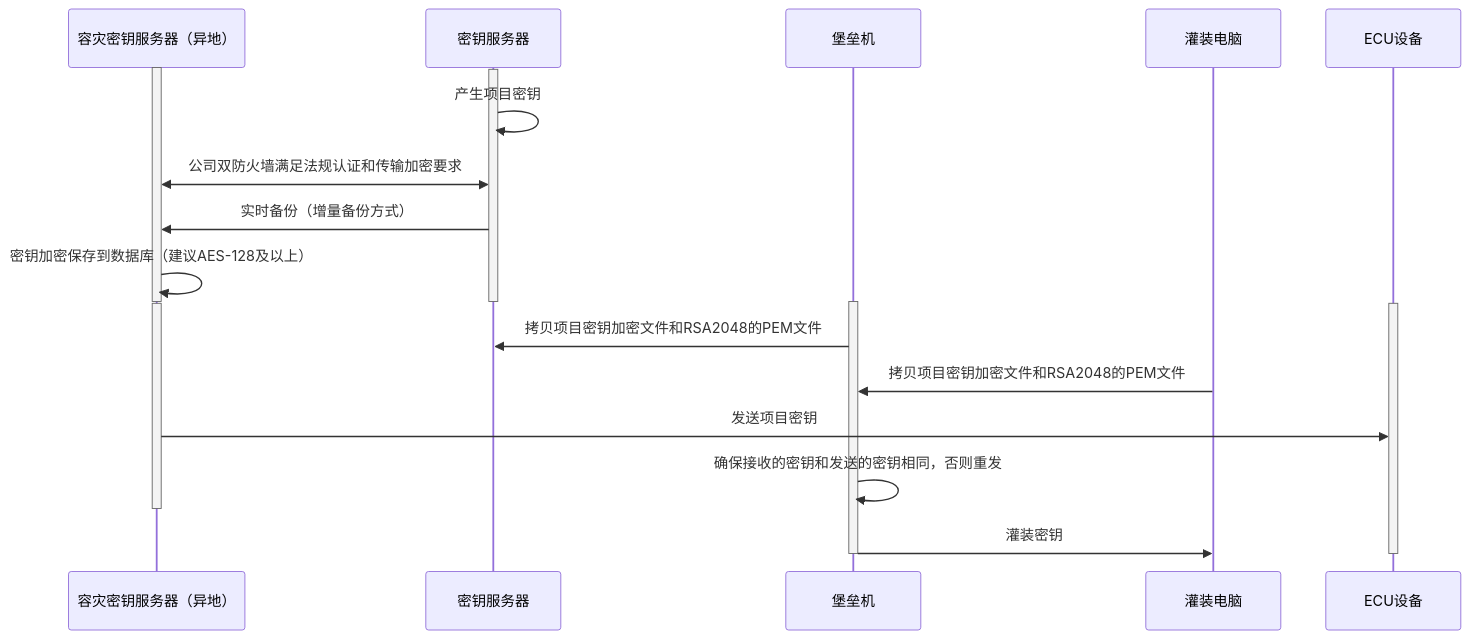
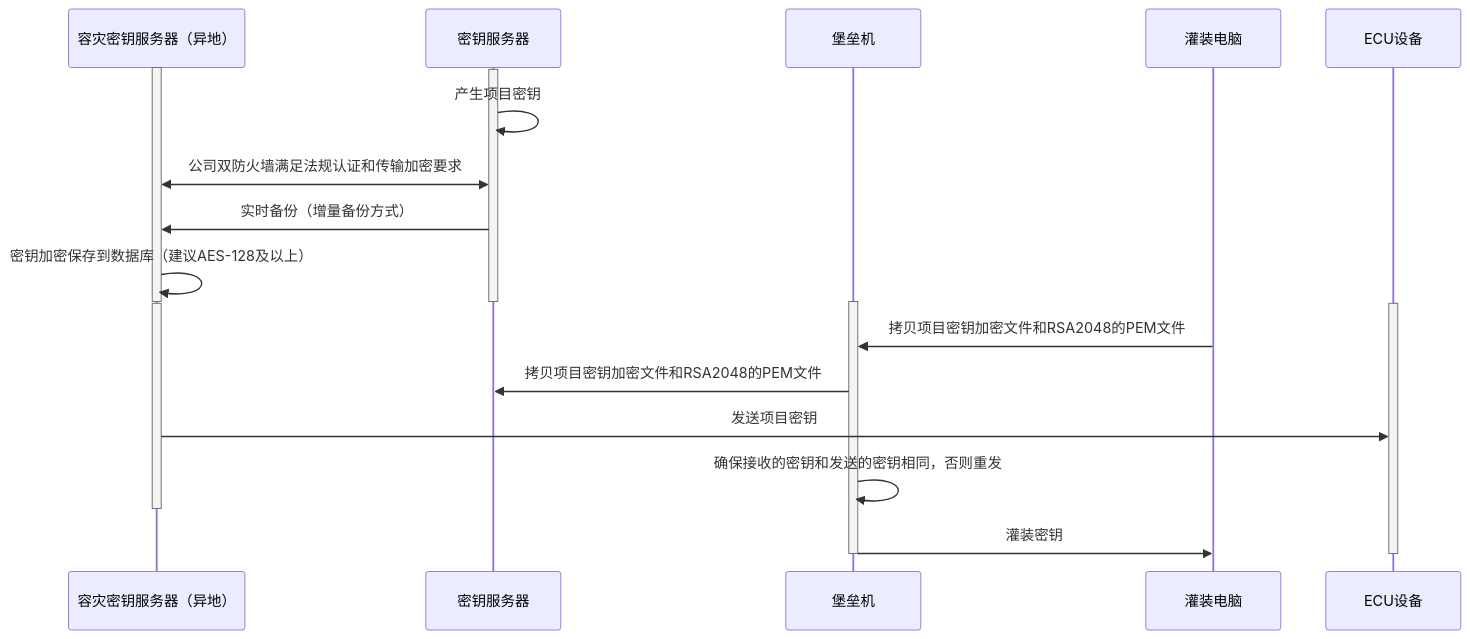
Before and after one commit to facebook-cloud/iodraw-files: the diagram in all/未命名-15.md, drawn with Mermaid.

Commit message:
2026-02-07 10:12:05 update

````diff
--- a/all/未命名-15.md
+++ b/all/未命名-15.md
@@ -1,32 +1,33 @@
 ```mermaid
 sequenceDiagram
     participant A as 容灾密钥服务器（异地）
     participant B as 密钥服务器
     participant C as 堡垒机
     participant D as 灌装电脑
     participant E as ECU设备
 
     activate A
     activate B
     B->>B: 产生项目密钥
     A<<->>B: 公司双防火墙满足法规认证和传输加密要求
     B->>A: 实时备份（增量备份方式）
     A->>A: 密钥加密保存到数据库（建议AES-128及以上）
     deactivate B
     deactivate A
 
     activate C
     activate A
     activate E
 
+    D->>C: 拷贝项目密钥加密文件和RSA2048的PEM文件
     C->>B: 拷贝项目密钥加密文件和RSA2048的PEM文件
-    D->>C: 拷贝项目密钥加密文件和RSA2048的PEM文件
+
     A->>E: 发送项目密钥
 
     C->>C: 确保接收的密钥和发送的密钥相同，否则重发
     deactivate A
     C->>D: 灌装密钥
     deactivate C
     deactivate E
 
 ```
````
